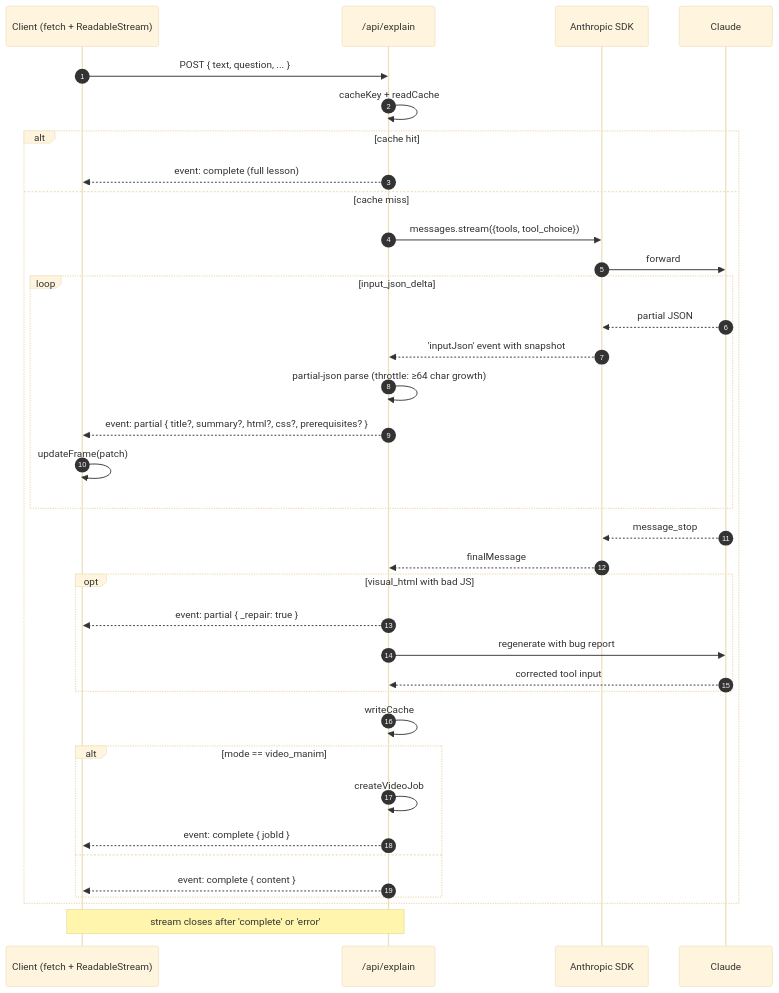
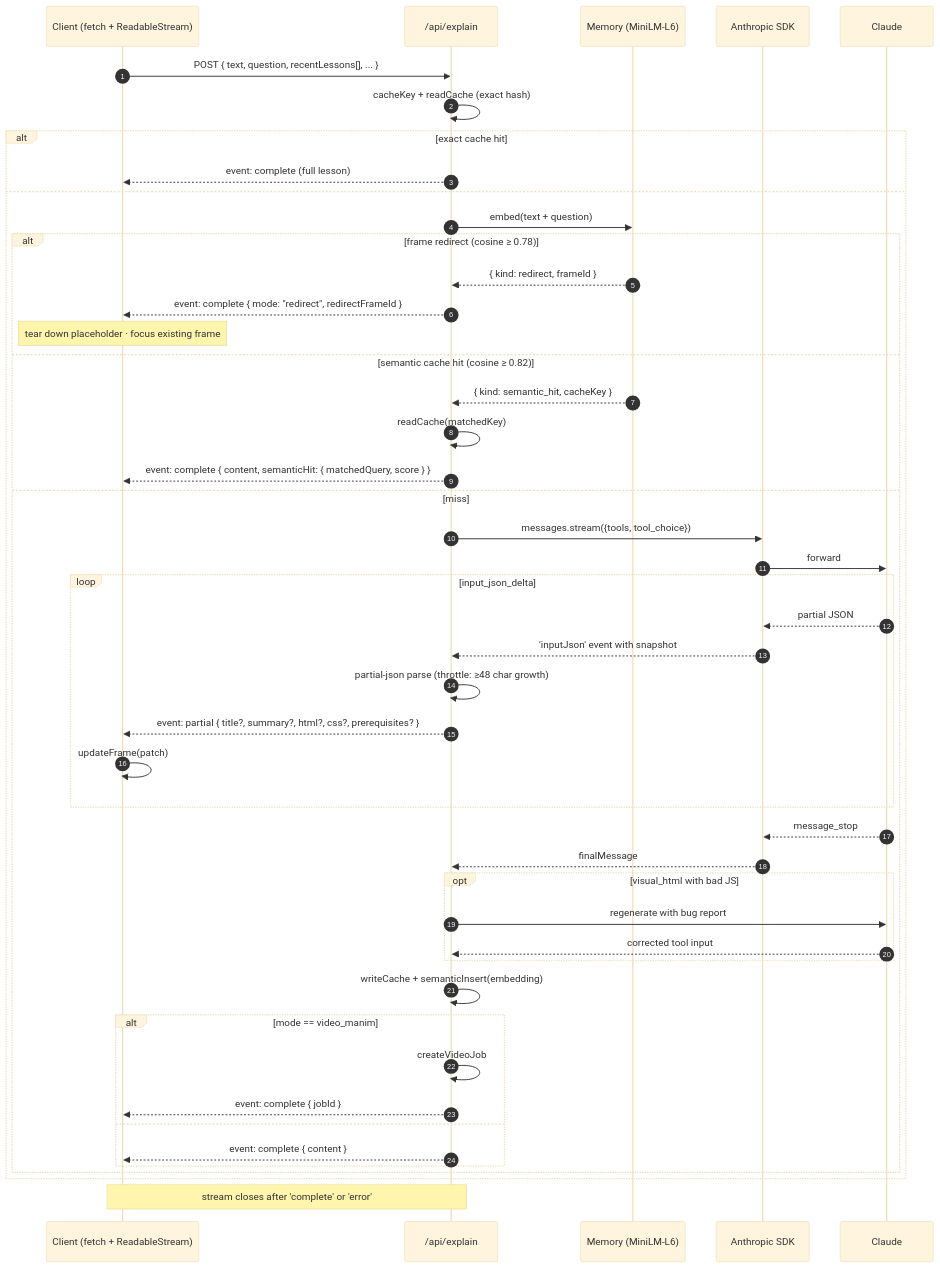
One commit to mohanad-hafez/ai-tutor changed the second of 3 diagrams in docs/api.md. Above: the diagram before and after it, drawn with Mermaid (base theme). The commit also changed other lines of this file and 3 other files, not shown here.

First line of the commit message:
docs: document Memory agent · semantic dedup · cosine thresholds

````diff
--- a/docs/api.md
+++ b/docs/api.md
@@ -73,39 +75,50 @@
 ```mermaid
 sequenceDiagram
     autonumber
     participant FE as Client (fetch + ReadableStream)
     participant API as /api/explain
+    participant Mem as Memory (MiniLM-L6)
     participant SDK as Anthropic SDK
     participant LLM as Claude
 
-    FE->>API: POST { text, question, ... }
-    API->>API: cacheKey + readCache
-    alt cache hit
+    FE->>API: POST { text, question, recentLessons[], ... }
+    API->>API: cacheKey + readCache (exact hash)
+    alt exact cache hit
         API-->>FE: event: complete (full lesson)
-    else cache miss
-        API->>SDK: messages.stream({tools, tool_choice})
-        SDK->>LLM: forward
-        loop input_json_delta
-            LLM-->>SDK: partial JSON
-            SDK-->>API: 'inputJson' event with snapshot
-            API->>API: partial-json parse (throttle: ≥64 char growth)
-            API-->>FE: event: partial { title?, summary?, html?, css?, prerequisites? }
-            FE->>FE: updateFrame(patch)
-        end
-        LLM-->>SDK: message_stop
-        SDK-->>API: finalMessage
-        opt visual_html with bad JS
-            API-->>FE: event: partial { _repair: true }
-            API->>LLM: regenerate with bug report
-            LLM-->>API: corrected tool input
-        end
-        API->>API: writeCache
-        alt mode == video_manim
-            API->>API: createVideoJob
-            API-->>FE: event: complete { jobId }
-        else
-            API-->>FE: event: complete { content }
+    else
+        API->>Mem: embed(text + question)
+        alt frame redirect (cosine ≥ 0.78)
+            Mem-->>API: { kind: redirect, frameId }
+            API-->>FE: event: complete { mode: "redirect", redirectFrameId }
+            Note over FE: tear down placeholder · focus existing frame
+        else semantic cache hit (cosine ≥ 0.82)
+            Mem-->>API: { kind: semantic_hit, cacheKey }
+            API->>API: readCache(matchedKey)
+            API-->>FE: event: complete { content, semanticHit: { matchedQuery, score } }
+        else miss
+            API->>SDK: messages.stream({tools, tool_choice})
+            SDK->>LLM: forward
+            loop input_json_delta
+                LLM-->>SDK: partial JSON
+                SDK-->>API: 'inputJson' event with snapshot
+                API->>API: partial-json parse (throttle: ≥48 char growth)
+                API-->>FE: event: partial { title?, summary?, html?, css?, prerequisites? }
+                FE->>FE: updateFrame(patch)
+            end
+            LLM-->>SDK: message_stop
+            SDK-->>API: finalMessage
+            opt visual_html with bad JS
+                API->>LLM: regenerate with bug report
+                LLM-->>API: corrected tool input
+            end
+            API->>API: writeCache + semanticInsert(embedding)
+            alt mode == video_manim
+                API->>API: createVideoJob
+                API-->>FE: event: complete { jobId }
+            else
+                API-->>FE: event: complete { content }
+            end
         end
     end
     Note over API,FE: stream closes after 'complete' or 'error'
 ```
````
